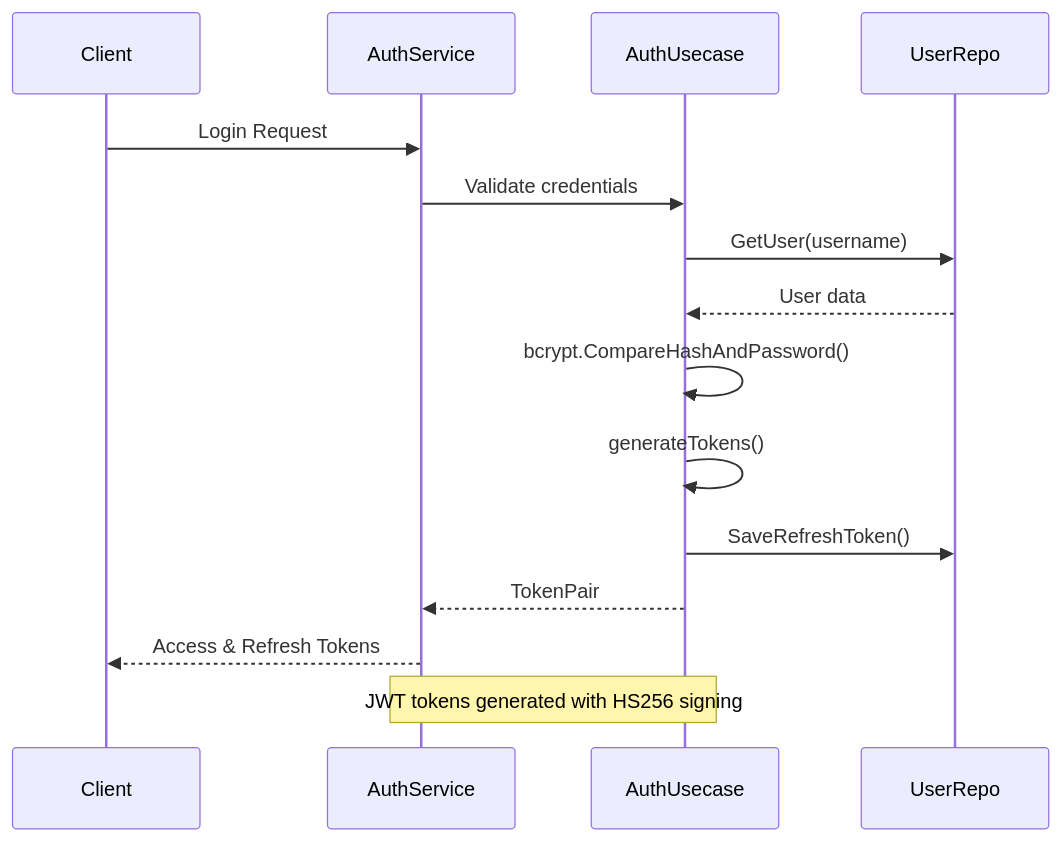
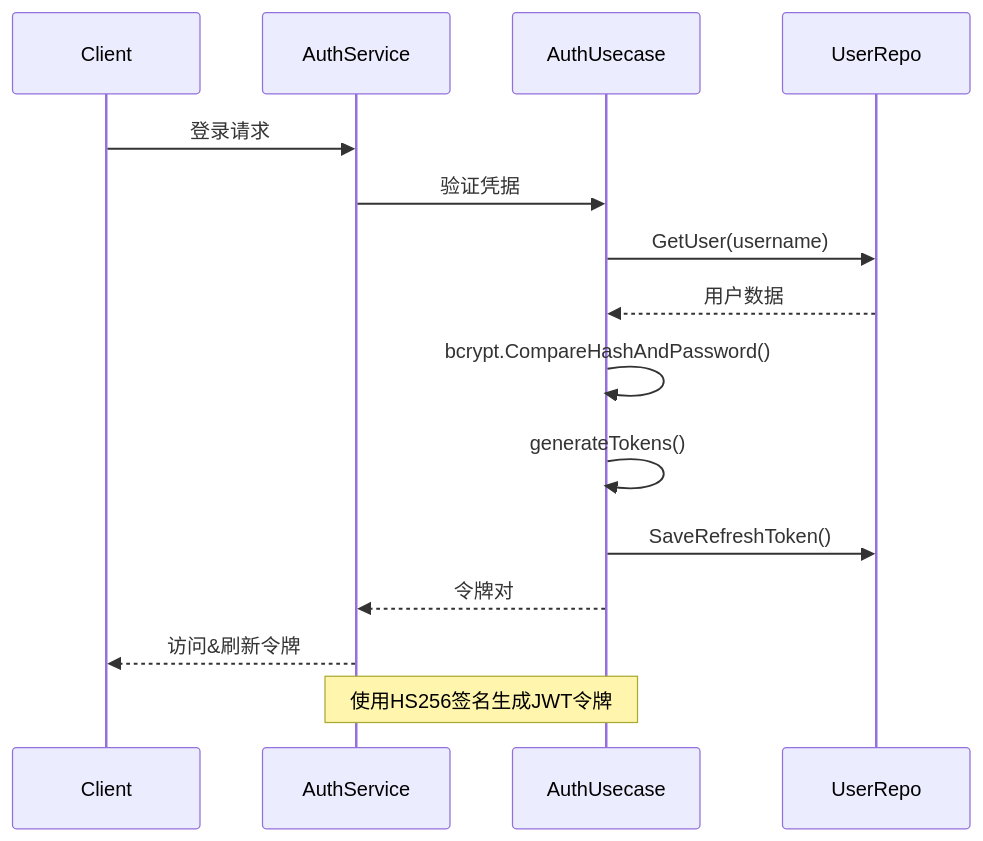
Before and after one commit to 26huitailang/kratos-boilerplate: the second of 5 diagrams in .qoder/repowiki/zh/content/API Reference/Authentication API/Authentication API.md, drawn with Mermaid. The commit also changed other lines of this file and 31 other files, not shown here.

````diff
--- a/.qoder/repowiki/zh/content/API Reference/Authentication API/Authentication API.md
+++ b/.qoder/repowiki/zh/content/API Reference/Authentication API/Authentication API.md
@@ -311,17 +311,17 @@
 ```mermaid
 sequenceDiagram
 participant Client
 participant AuthService
 participant AuthUsecase
 participant UserRepo
-Client->>AuthService : Login Request
-AuthService->>AuthUsecase : Validate credentials
+Client->>AuthService : 登录请求
+AuthService->>AuthUsecase : 验证凭据
 AuthUsecase->>UserRepo : GetUser(username)
-UserRepo-->>AuthUsecase : User data
+UserRepo-->>AuthUsecase : 用户数据
 AuthUsecase->>AuthUsecase : bcrypt.CompareHashAndPassword()
 AuthUsecase->>AuthUsecase : generateTokens()
 AuthUsecase->>UserRepo : SaveRefreshToken()
-AuthUsecase-->>AuthService : TokenPair
-AuthService-->>Client : Access & Refresh Tokens
-Note over AuthService,AuthUsecase : JWT tokens generated with HS256 signing
+AuthUsecase-->>AuthService : 令牌对
+AuthService-->>Client : 访问&刷新令牌
+Note over AuthService,AuthUsecase : 使用HS256签名生成JWT令牌
 ```
````
